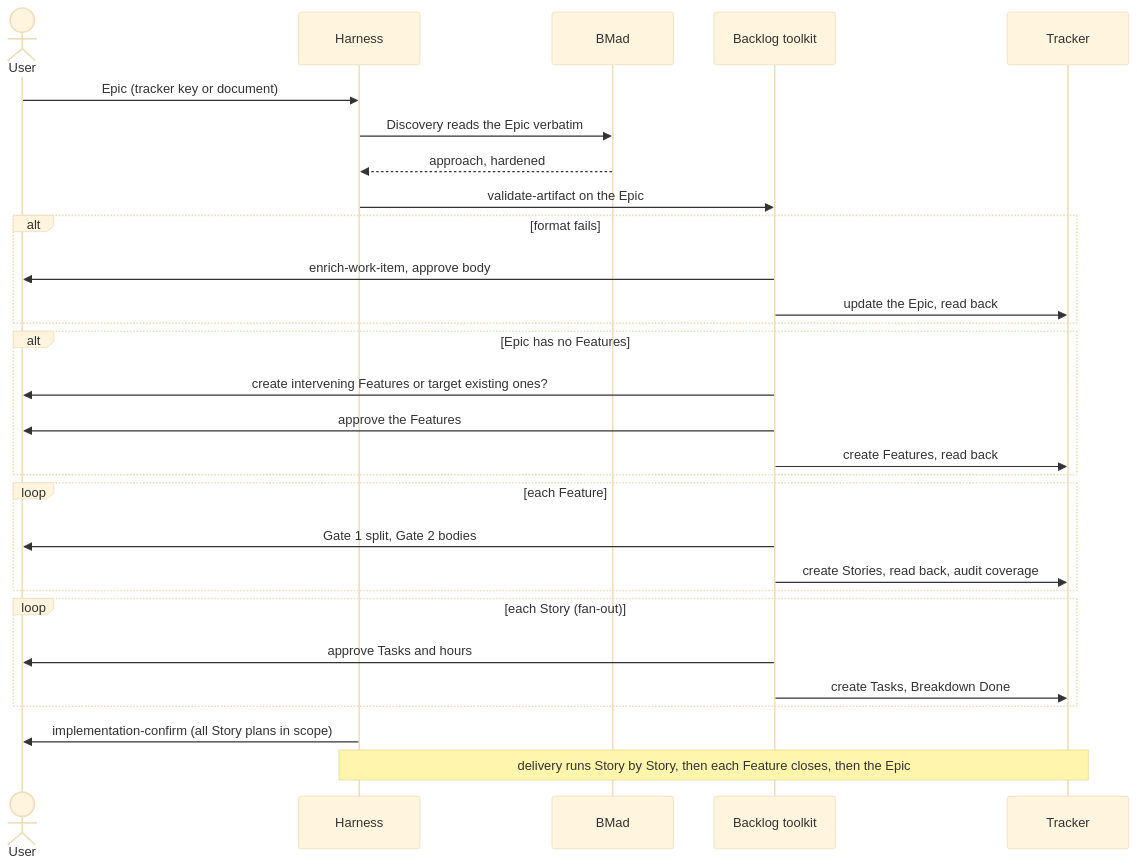
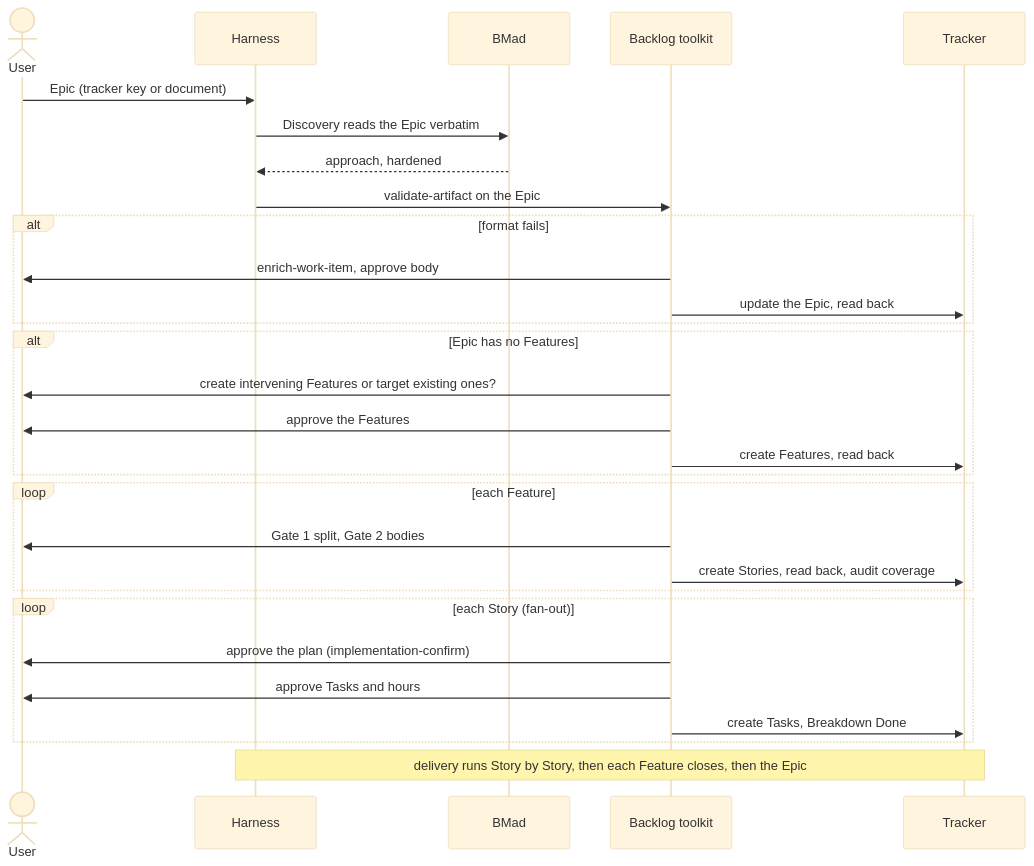
Before and after one commit to Monolith-INC/monolithic-dev-harness: the fifth of 7 diagrams in AI_Codex/Specs/2026-10-15-workflow-alignment.md, drawn with Mermaid (base theme). The commit also changed other lines of this file and 9 other files, not shown here.

````diff
--- a/AI_Codex/Specs/2026-10-15-workflow-alignment.md
+++ b/AI_Codex/Specs/2026-10-15-workflow-alignment.md
@@ -177,32 +200,32 @@
 ```mermaid
 sequenceDiagram
     actor U as User
     participant H as Harness
     participant B as BMad
     participant K as Backlog toolkit
     participant T as Tracker
 
     U->>H: Epic (tracker key or document)
     H->>B: Discovery reads the Epic verbatim
     B-->>H: approach, hardened
     H->>K: validate-artifact on the Epic
     alt format fails
         K->>U: enrich-work-item, approve body
         K->>T: update the Epic, read back
     end
     alt Epic has no Features
         K->>U: create intervening Features or target existing ones?
         K->>U: approve the Features
         K->>T: create Features, read back
     end
     loop each Feature
         K->>U: Gate 1 split, Gate 2 bodies
         K->>T: create Stories, read back, audit coverage
     end
     loop each Story (fan-out)
+        K->>U: approve the plan (implementation-confirm)
         K->>U: approve Tasks and hours
         K->>T: create Tasks, Breakdown Done
     end
-    H->>U: implementation-confirm (all Story plans in scope)
     Note over H,T: delivery runs Story by Story, then each Feature closes, then the Epic
 ```
````
